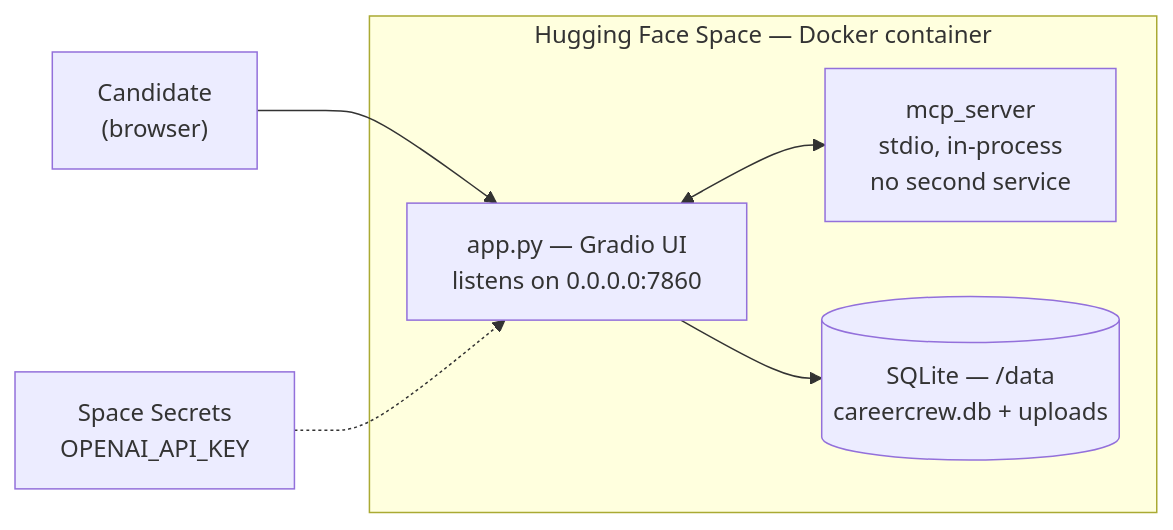
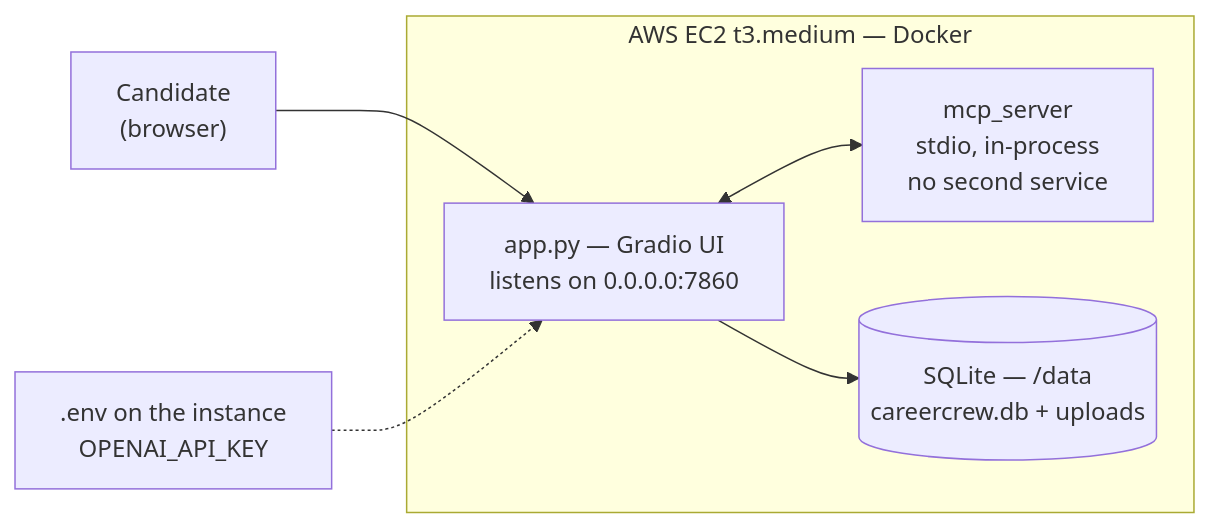
One commit to helenapedro/careercrew changed the third of 3 diagrams in ARCHITECTURE.md. Above: the diagram before and after it, drawn with Mermaid. The commit also changed other lines of this file and 5 other files, not shown here.

````diff
--- a/ARCHITECTURE.md
+++ b/ARCHITECTURE.md
@@ -107,9 +107,9 @@
 ```mermaid
 flowchart LR
     USER["Candidate<br/>(browser)"] --> APP["app.py — Gradio UI<br/>listens on 0.0.0.0:7860"]
-    subgraph SPACE["Hugging Face Space — Docker container"]
+    subgraph EC2["AWS EC2 t3.medium — Docker"]
         APP <--> MCPD["mcp_server<br/>stdio, in-process<br/>no second service"]
         APP --> DBD[("SQLite — /data<br/>careercrew.db + uploads")]
     end
-    SEC["Space Secrets<br/>OPENAI_API_KEY"] -.-> APP
+    SEC[".env on the instance<br/>OPENAI_API_KEY"] -.-> APP
 ```
````
